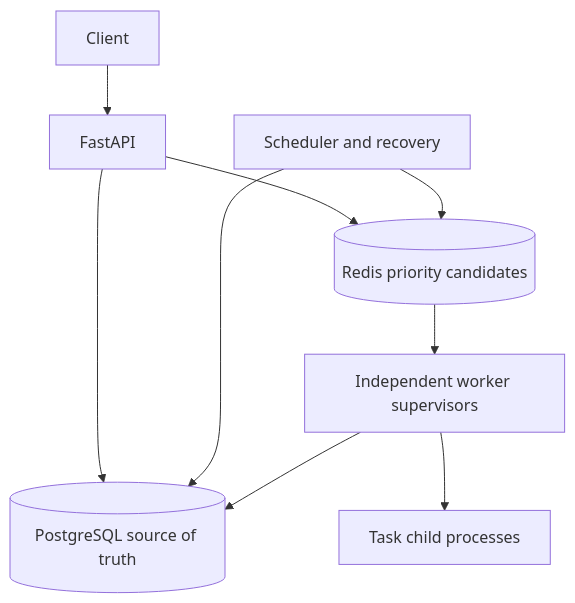
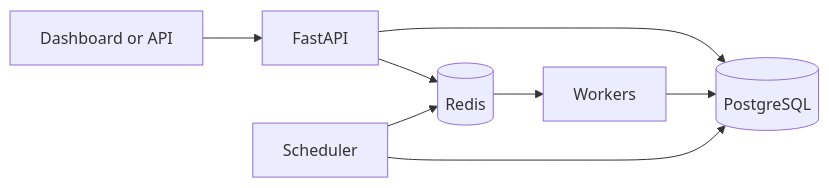
Before and after one commit to laxmanmudigonda/Queue-Master: the diagram in README.md, drawn with Mermaid. The commit also changed other lines of this file, not shown here.

````diff
--- a/README.md
+++ b/README.md
@@ -40,11 +39,10 @@
 ```mermaid
-flowchart TD
-  Client[Client] --> API[FastAPI]
-  API --> DB[(PostgreSQL source of truth)]
-  API --> Redis[(Redis priority candidates)]
-  Scheduler[Scheduler and recovery] --> DB
-  Scheduler --> Redis
-  Redis --> Workers[Independent worker supervisors]
-  Workers --> DB
-  Workers --> Children[Task child processes]
+flowchart LR
+    Client[Dashboard or API] --> API[FastAPI]
+    API --> DB[(PostgreSQL)]
+    API --> Redis[(Redis)]
+    Redis --> Workers[Workers]
+    Workers --> DB
+    Scheduler[Scheduler] --> DB
+    Scheduler --> Redis
 ```
````
